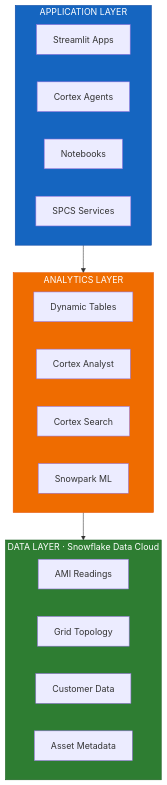
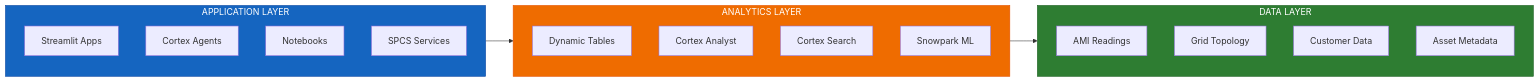
One commit to sfc-gh-abannerjee/flux-utility-solutions changed the first of 7 diagrams in docs/ARCHITECTURE.md. Above: the diagram before and after it, drawn with Mermaid. The commit also changed 1 other file, not shown here.

Commit message:
Change architecture diagrams to left-to-right orientation
Update Mermaid diagrams from flowchart TB (top-to-bottom) to flowchart LR
(left-to-right) for better horizontal flow visualization. Removed redundant
direction LR declarations from subgraphs.

.... Generated with [Cortex Code](https://docs.snowflake.com/user-guide/snowflake-cortex/cortex-agents)

````diff
--- a/docs/ARCHITECTURE.md
+++ b/docs/ARCHITECTURE.md
@@ -9,32 +9,29 @@
 ```mermaid
-flowchart TB
+flowchart LR
     subgraph APP["APPLICATION LAYER"]
-        direction LR
         A1["Streamlit Apps"]
         A2["Cortex Agents"]
         A3["Notebooks"]
         A4["SPCS Services"]
     end
     
     subgraph ANALYTICS["ANALYTICS LAYER"]
-        direction LR
         B1["Dynamic Tables"]
         B2["Cortex Analyst"]
         B3["Cortex Search"]
         B4["Snowpark ML"]
     end
     
-    subgraph DATA["DATA LAYER · Snowflake Data Cloud"]
-        direction LR
+    subgraph DATA["DATA LAYER"]
         C1["AMI Readings"]
         C2["Grid Topology"]
         C3["Customer Data"]
         C4["Asset Metadata"]
     end
     
     APP --> ANALYTICS --> DATA
     
     style APP fill:#1565c0,color:#fff,stroke:#0d47a1
     style ANALYTICS fill:#ef6c00,color:#fff,stroke:#e65100
     style DATA fill:#2e7d32,color:#fff,stroke:#1b5e20
 ```
````
